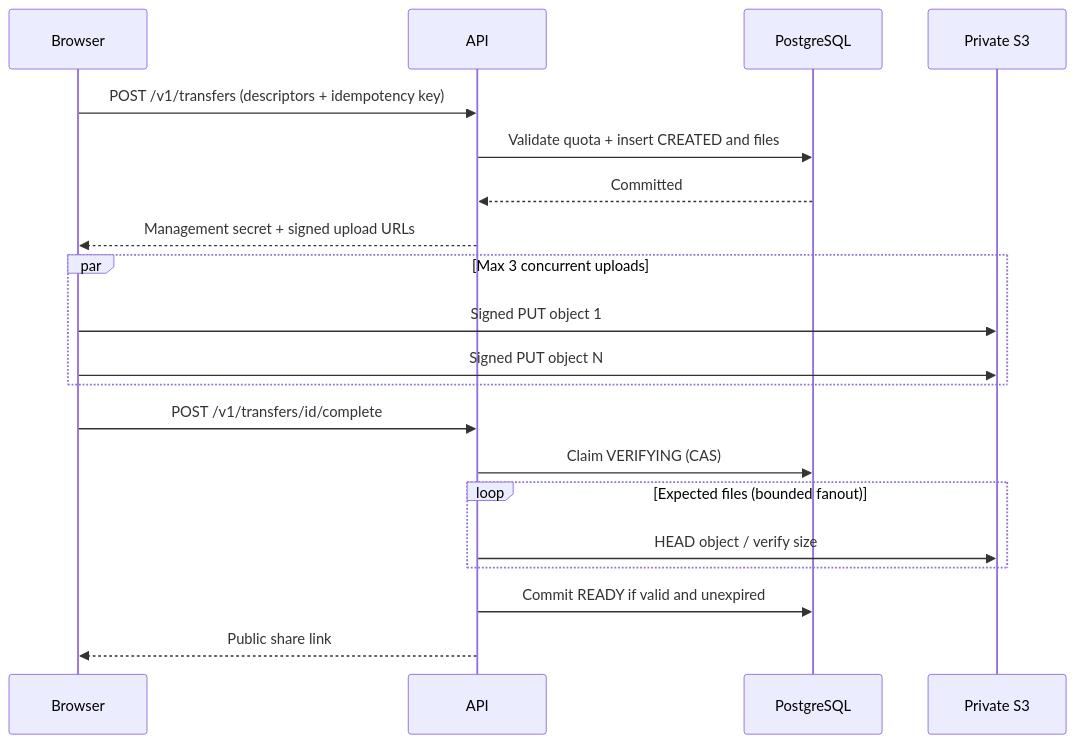
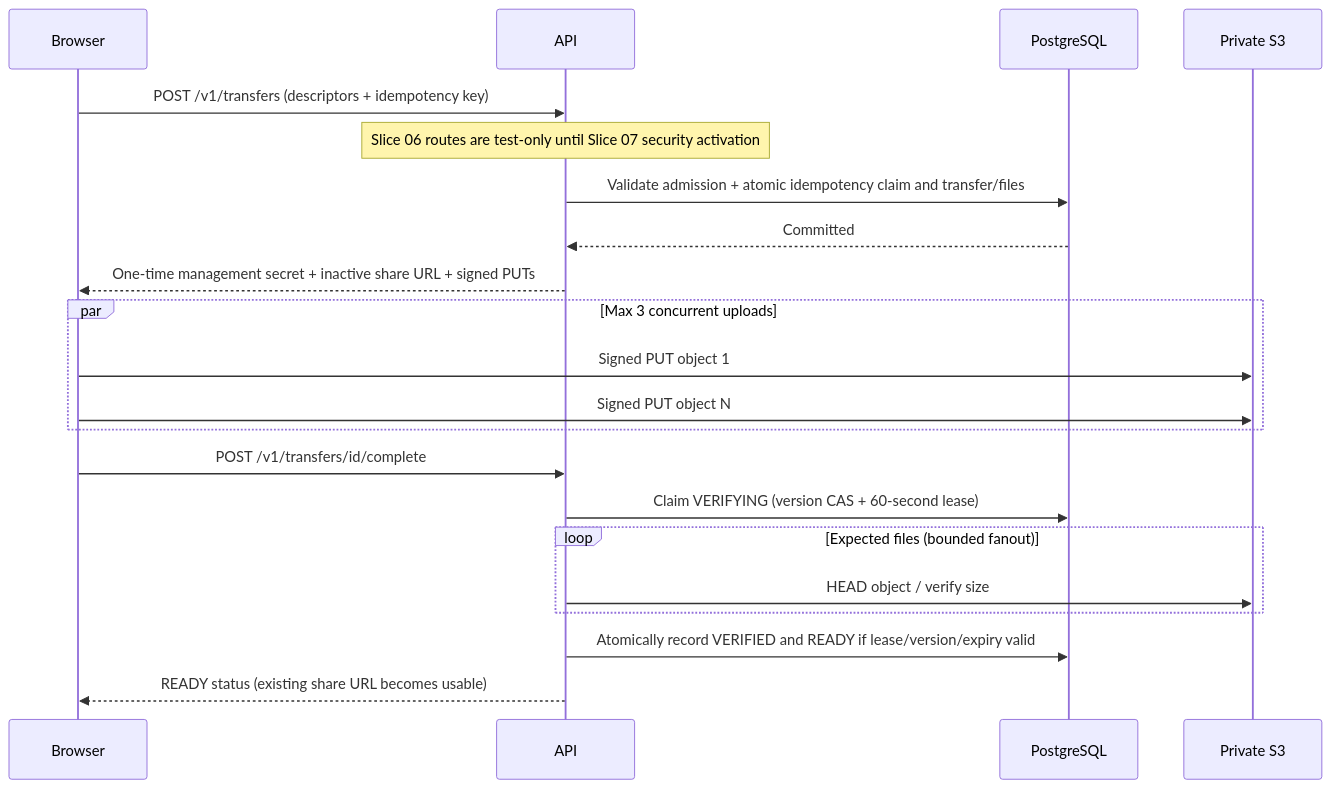
The diagram in docs/diagrams/sequence-upload.mmd (devekene/dropit), drawn with Mermaid before and after one commit. The commit also changed 41 other files, not shown here.

Commit message:
feat: implement Slice 06 transfer API

```diff
--- a/docs/diagrams/sequence-upload.mmd
+++ b/docs/diagrams/sequence-upload.mmd
@@ -1,20 +1,21 @@
 sequenceDiagram
   participant B as Browser
   participant A as API
   participant D as PostgreSQL
   participant S as Private S3
   B->>A: POST /v1/transfers (descriptors + idempotency key)
-  A->>D: Validate quota + insert CREATED and files
+  Note over A: Slice 06 routes are test-only until Slice 07 security activation
+  A->>D: Validate admission + atomic idempotency claim and transfer/files
   D-->>A: Committed
-  A-->>B: Management secret + signed upload URLs
+  A-->>B: One-time management secret + inactive share URL + signed PUTs
   par Max 3 concurrent uploads
     B->>S: Signed PUT object 1
     B->>S: Signed PUT object N
   end
   B->>A: POST /v1/transfers/id/complete
-  A->>D: Claim VERIFYING (CAS)
+  A->>D: Claim VERIFYING (version CAS + 60-second lease)
   loop Expected files (bounded fanout)
     A->>S: HEAD object / verify size
   end
-  A->>D: Commit READY if valid and unexpired
-  A-->>B: Public share link
+  A->>D: Atomically record VERIFIED and READY if lease/version/expiry valid
+  A-->>B: READY status (existing share URL becomes usable)
```
